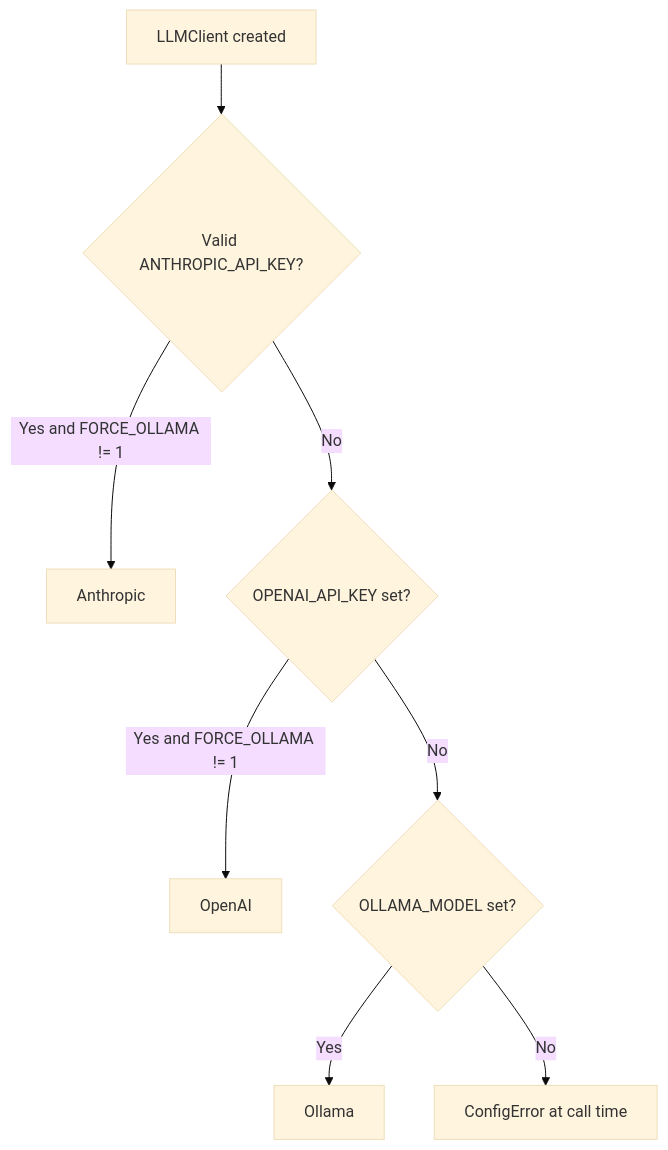
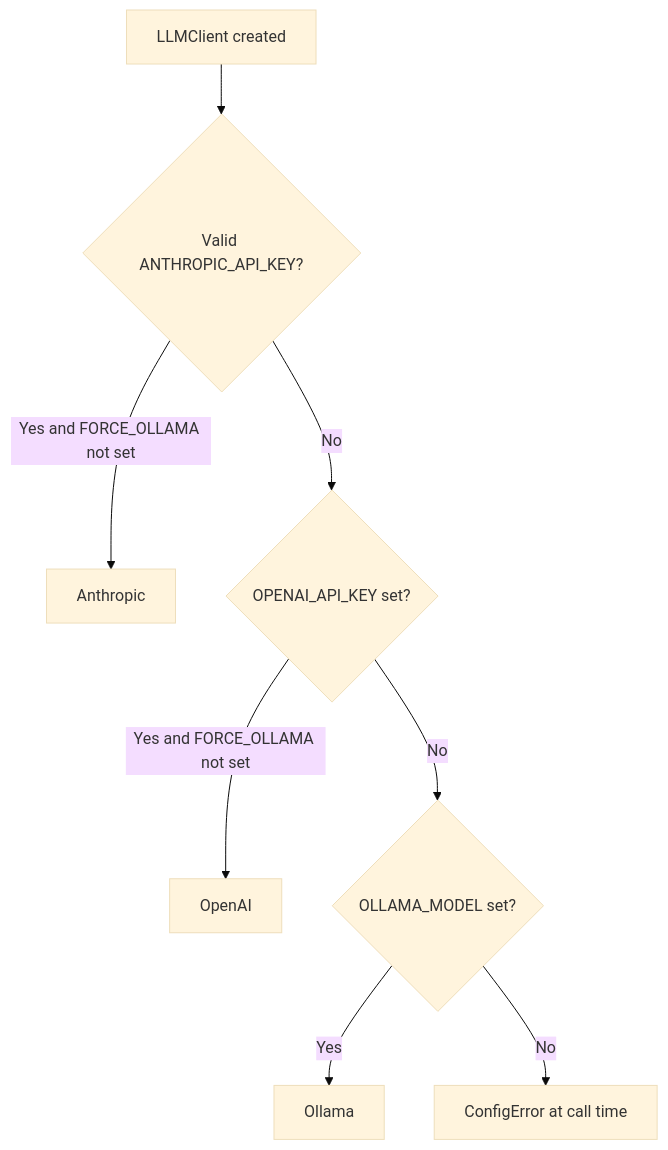
The second of 2 diagrams in docs/architecture.md (shep-engineering/waygate-ai), drawn with Mermaid (base theme) before and after one commit. The commit also changed 4 other files, not shown here.

First line of the commit message:
fix(docs): quote Mermaid labels containing () and != to fix render

````diff
--- a/docs/architecture.md
+++ b/docs/architecture.md
@@ -29,10 +29,10 @@
 ```mermaid
 flowchart TD
-  Start[LLMClient created] --> Anthropic{Valid ANTHROPIC_API_KEY?}
-  Anthropic -->|Yes and FORCE_OLLAMA != 1| UseAnthropic[Anthropic]
-  Anthropic -->|No| OpenAI{OPENAI_API_KEY set?}
-  OpenAI -->|Yes and FORCE_OLLAMA != 1| UseOpenAI[OpenAI]
-  OpenAI -->|No| Ollama{OLLAMA_MODEL set?}
+  Start["LLMClient created"] --> Anthropic{"Valid ANTHROPIC_API_KEY?"}
+  Anthropic -->|"Yes and FORCE_OLLAMA not set"| UseAnthropic[Anthropic]
+  Anthropic -->|No| OpenAI{"OPENAI_API_KEY set?"}
+  OpenAI -->|"Yes and FORCE_OLLAMA not set"| UseOpenAI[OpenAI]
+  OpenAI -->|No| Ollama{"OLLAMA_MODEL set?"}
   Ollama -->|Yes| UseOllama[Ollama]
-  Ollama -->|No| None[ConfigError at call time]
+  Ollama -->|No| None["ConfigError at call time"]
 ```
````
